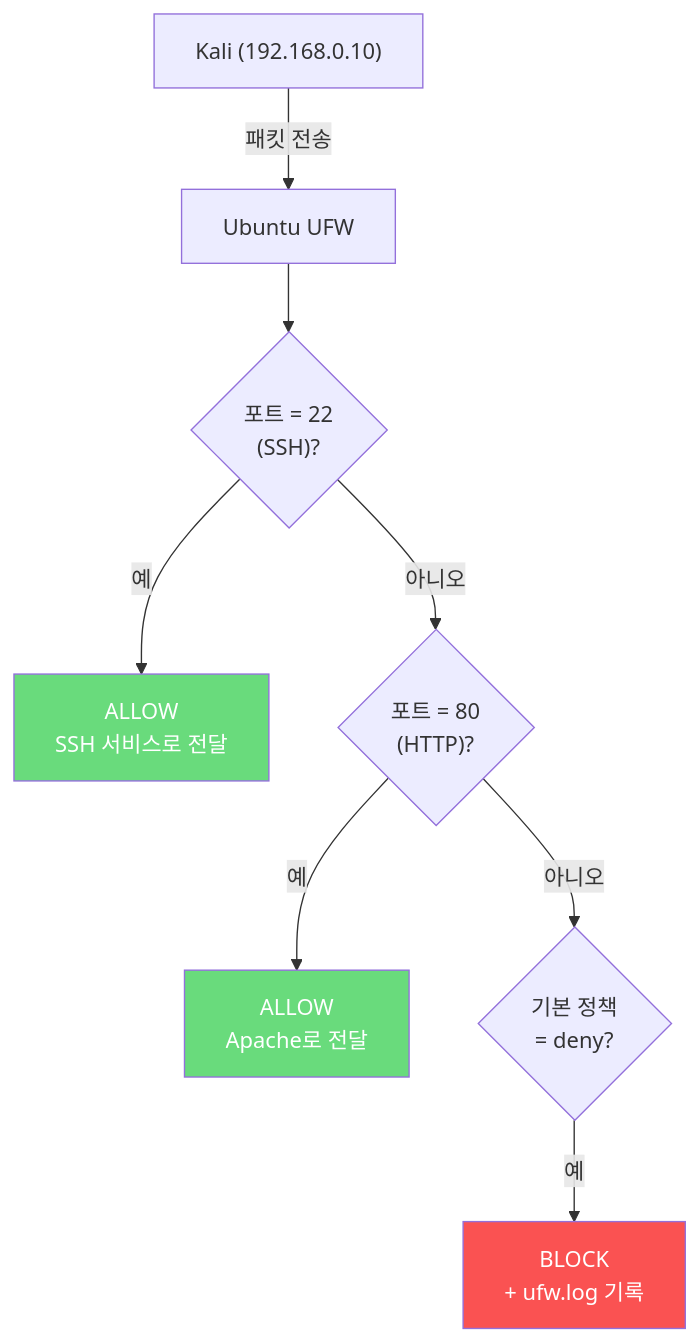
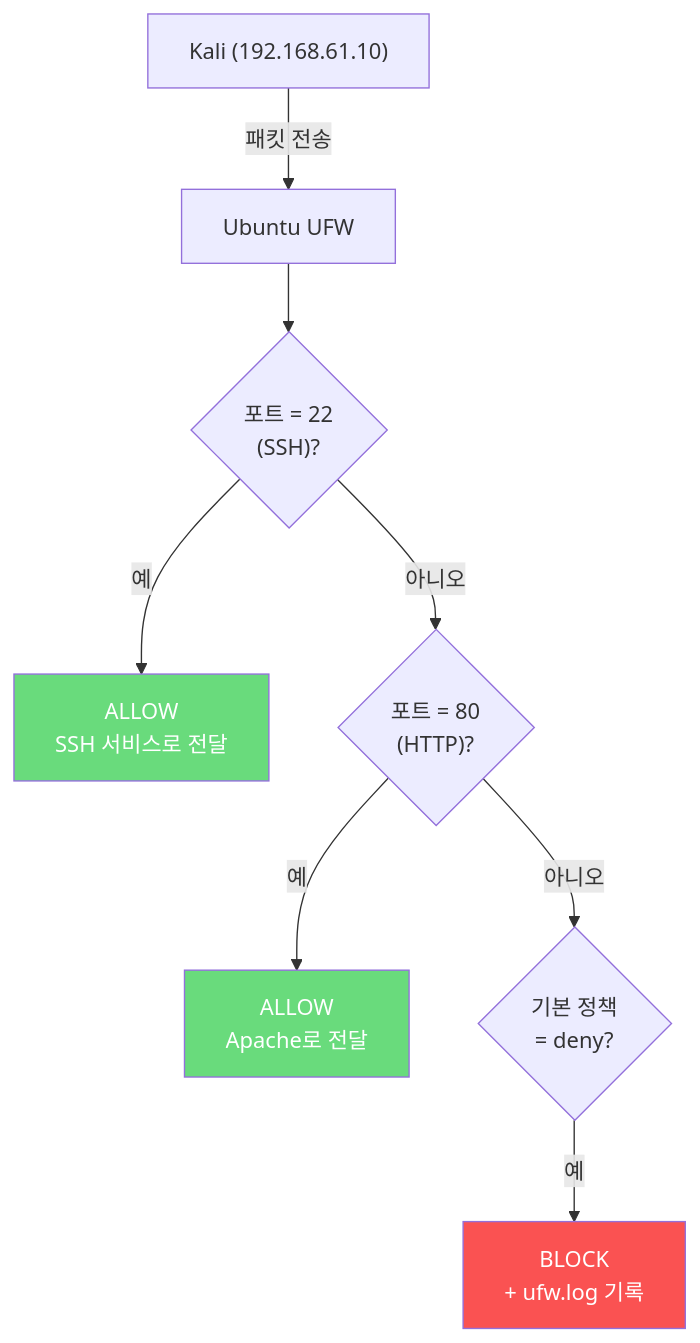
One commit to sbaek100/sbaek100.github.io changed the third of 5 diagrams in _posts/1.응용강의/securitysystem/2026-03-26-SecuritySystem-7-2.md. Above: the diagram before and after it, drawn with Mermaid. The commit also changed other lines of this file and 518 other files, not shown here.

````diff
--- a/_posts/1.응용강의/securitysystem/2026-03-26-SecuritySystem-7-2.md
+++ b/_posts/1.응용강의/securitysystem/2026-03-26-SecuritySystem-7-2.md
@@ -794,13 +794,13 @@
 ```mermaid
 flowchart TD
-    K["Kali (192.168.0.10)"] -->|"패킷 전송"| FW["Ubuntu UFW"]
+    K["Kali (192.168.61.10)"] -->|"패킷 전송"| FW["Ubuntu UFW"]
     FW --> Q1{"포트 = 22<br/>(SSH)?"}
     Q1 -->|"예"| ALLOW1["ALLOW<br/>SSH 서비스로 전달"]
     Q1 -->|"아니오"| Q2{"포트 = 80<br/>(HTTP)?"}
     Q2 -->|"예"| ALLOW2["ALLOW<br/>Apache로 전달"]
     Q2 -->|"아니오"| Q3{"기본 정책<br/>= deny?"}
     Q3 -->|"예"| BLOCK["BLOCK<br/>+ ufw.log 기록"]
     style ALLOW1 fill:#69db7c,color:#fff
     style ALLOW2 fill:#69db7c,color:#fff
     style BLOCK fill:#fa5252,color:#fff
 ```
````
